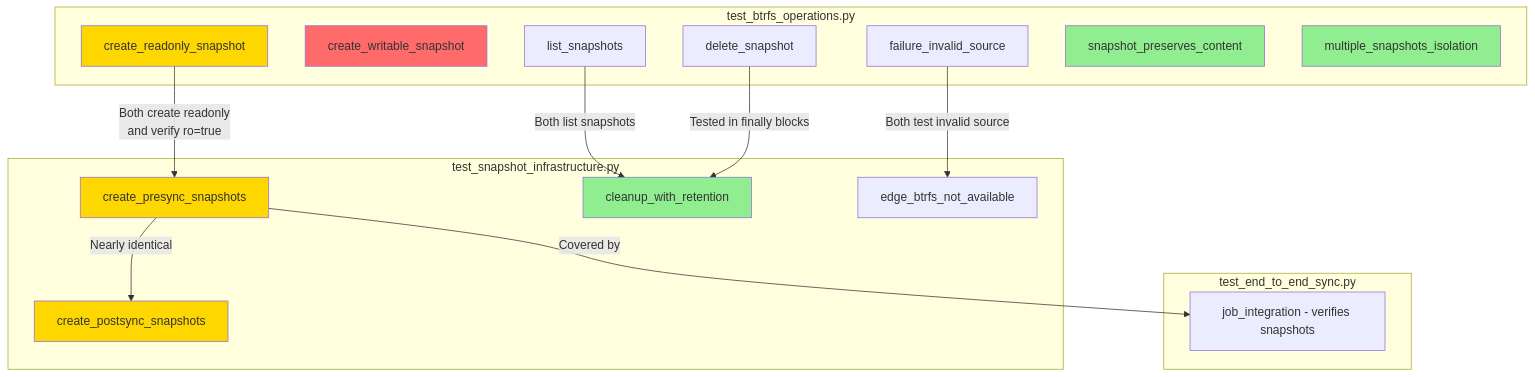
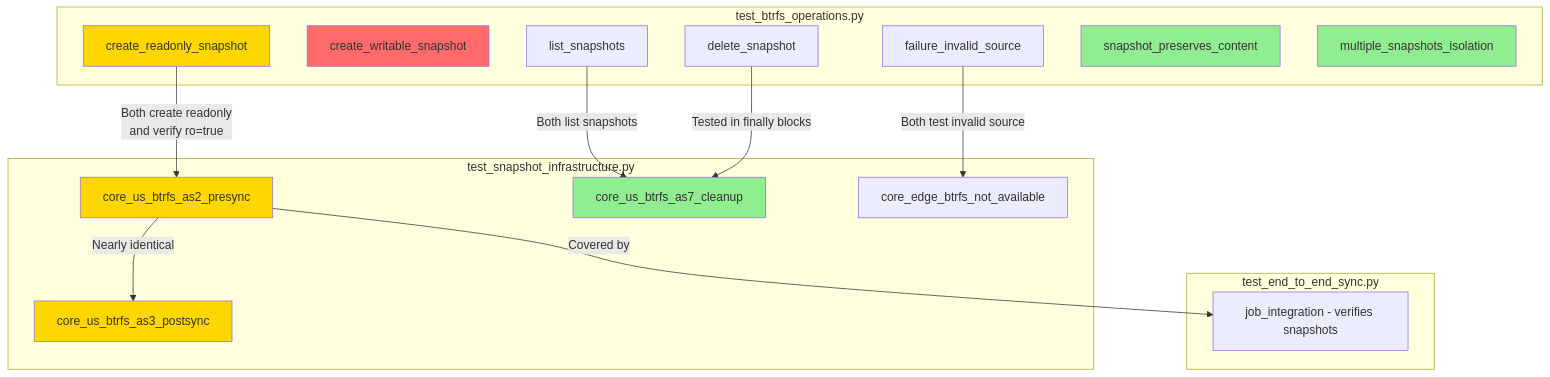
Before and after one commit to flaksit/pc-switcher: the third of 5 diagrams in docs/test-audit-report.md, drawn with Mermaid. The commit also changed other lines of this file, not shown here.

````diff
--- a/docs/test-audit-report.md
+++ b/docs/test-audit-report.md
@@ -303,38 +301,38 @@
 ```mermaid
 graph TD
     subgraph "test_btrfs_operations.py"
         BTRFS1[create_readonly_snapshot]
         BTRFS2[create_writable_snapshot]
         BTRFS3[list_snapshots]
         BTRFS4[delete_snapshot]
         BTRFS5[failure_invalid_source]
         BTRFS6[snapshot_preserves_content]
         BTRFS7[multiple_snapshots_isolation]
     end
 
     subgraph "test_snapshot_infrastructure.py"
-        SNAP1[create_presync_snapshots]
-        SNAP2[create_postsync_snapshots]
-        SNAP3[cleanup_with_retention]
-        SNAP4[edge_btrfs_not_available]
+        SNAP1[core_us_btrfs_as2_presync]
+        SNAP2[core_us_btrfs_as3_postsync]
+        SNAP3[core_us_btrfs_as7_cleanup]
+        SNAP4[core_edge_btrfs_not_available]
     end
 
     subgraph "test_end_to_end_sync.py"
         E2E1[job_integration - verifies snapshots]
     end
 
     BTRFS1 -->|"Both create readonly<br/>and verify ro=true"| SNAP1
     SNAP1 -->|"Nearly identical"| SNAP2
     BTRFS3 -->|"Both list snapshots"| SNAP3
     BTRFS4 -->|"Tested in finally blocks"| SNAP3
     BTRFS5 -->|"Both test invalid source"| SNAP4
     SNAP1 -->|"Covered by"| E2E1
 
     style BTRFS6 fill:#90EE90
     style BTRFS7 fill:#90EE90
     style SNAP3 fill:#90EE90
     style BTRFS2 fill:#FF6B6B
     style BTRFS1 fill:#FFD700
     style SNAP1 fill:#FFD700
     style SNAP2 fill:#FFD700
 ```
````
